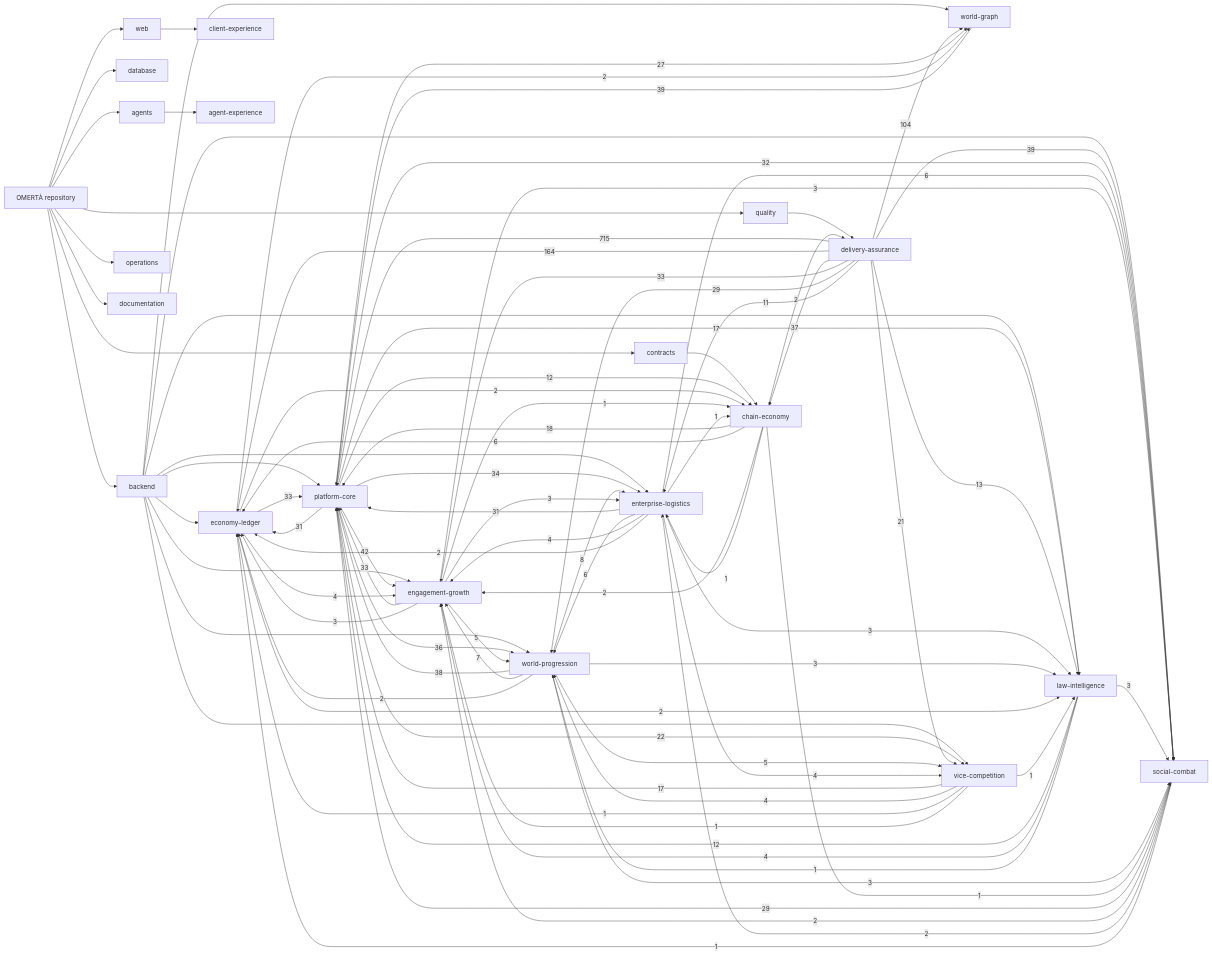
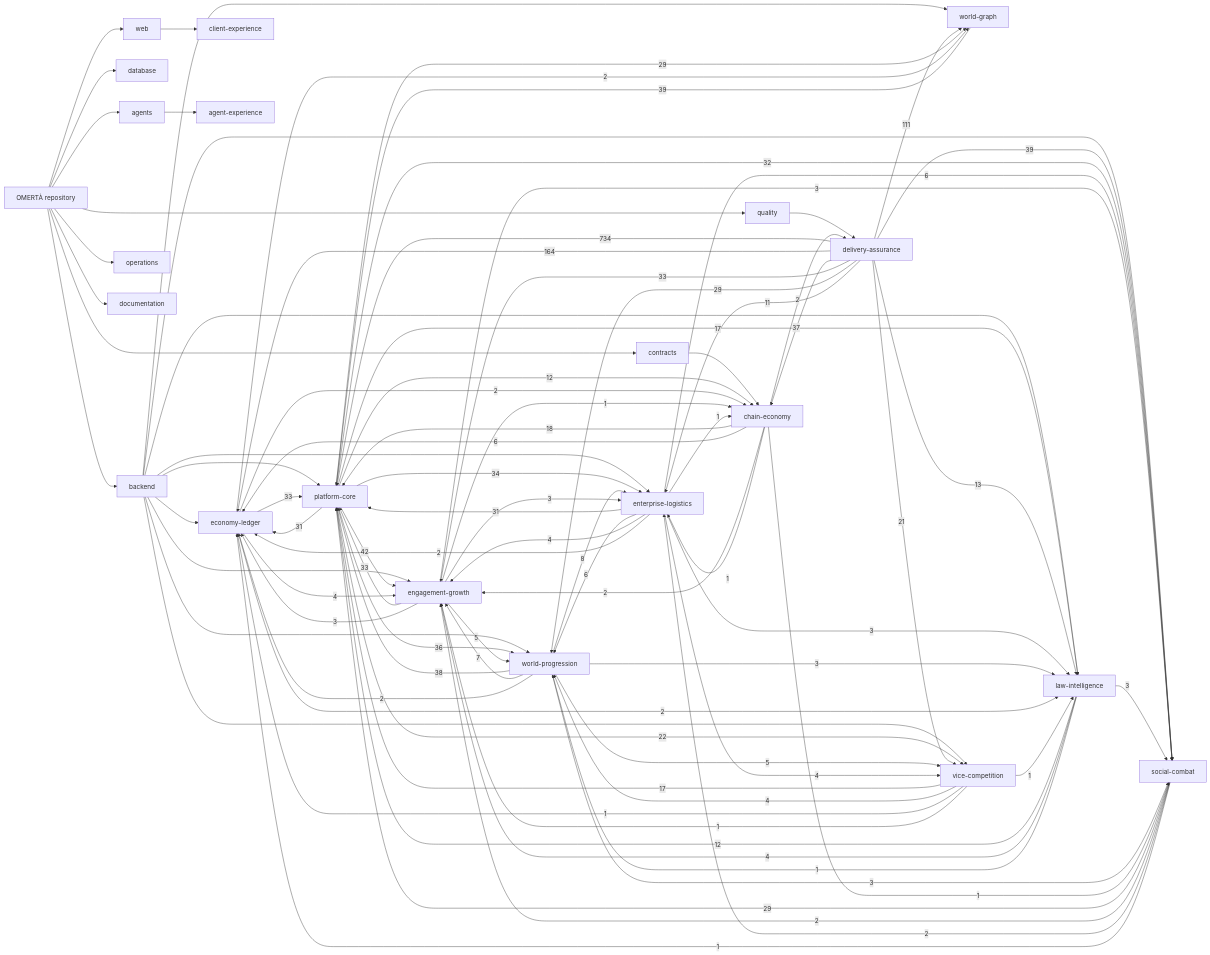
One commit to OmertaDev/Omerta changed the diagram in knowledge/generated/graph.mmd. Above: the diagram before and after it, drawn with Mermaid. The commit also changed 8 other files, not shown here.

```diff
--- a/knowledge/generated/graph.mmd
+++ b/knowledge/generated/graph.mmd
@@ -1,109 +1,109 @@
 flowchart LR
   repo["OMERTÀ repository"]
   sub_backend["backend"]
   repo --> sub_backend
   sub_database["database"]
   repo --> sub_database
   sub_web["web"]
   repo --> sub_web
   sub_contracts["contracts"]
   repo --> sub_contracts
   sub_agents["agents"]
   repo --> sub_agents
   sub_quality["quality"]
   repo --> sub_quality
   sub_operations["operations"]
   repo --> sub_operations
   sub_documentation["documentation"]
   repo --> sub_documentation
   dom_platform-core["platform-core"]
   dom_economy-ledger["economy-ledger"]
   dom_social-combat["social-combat"]
   dom_world-progression["world-progression"]
   dom_world-graph["world-graph"]
   dom_enterprise-logistics["enterprise-logistics"]
   dom_vice-competition["vice-competition"]
   dom_law-intelligence["law-intelligence"]
   dom_chain-economy["chain-economy"]
   dom_engagement-growth["engagement-growth"]
   dom_client-experience["client-experience"]
   dom_agent-experience["agent-experience"]
   dom_delivery-assurance["delivery-assurance"]
   sub_agents --> dom_agent-experience
   sub_backend --> dom_economy-ledger
   sub_backend --> dom_engagement-growth
   sub_backend --> dom_enterprise-logistics
   sub_backend --> dom_law-intelligence
   sub_backend --> dom_platform-core
   sub_backend --> dom_social-combat
   sub_backend --> dom_vice-competition
   sub_backend --> dom_world-graph
   sub_backend --> dom_world-progression
   sub_contracts --> dom_chain-economy
   sub_quality --> dom_delivery-assurance
   sub_web --> dom_client-experience
-  dom_delivery-assurance -->|715| dom_platform-core
+  dom_delivery-assurance -->|734| dom_platform-core
   dom_delivery-assurance -->|164| dom_economy-ledger
-  dom_delivery-assurance -->|104| dom_world-graph
+  dom_delivery-assurance -->|111| dom_world-graph
   dom_platform-core -->|42| dom_engagement-growth
   dom_delivery-assurance -->|39| dom_social-combat
   dom_world-graph -->|39| dom_platform-core
   dom_world-progression -->|38| dom_platform-core
   dom_delivery-assurance -->|37| dom_chain-economy
   dom_platform-core -->|36| dom_world-progression
   dom_platform-core -->|34| dom_enterprise-logistics
   dom_delivery-assurance -->|33| dom_engagement-growth
   dom_economy-ledger -->|33| dom_platform-core
   dom_engagement-growth -->|33| dom_platform-core
   dom_platform-core -->|32| dom_social-combat
   dom_enterprise-logistics -->|31| dom_platform-core
   dom_platform-core -->|31| dom_economy-ledger
   dom_delivery-assurance -->|29| dom_world-progression
+  dom_platform-core -->|29| dom_world-graph
   dom_social-combat -->|29| dom_platform-core
-  dom_platform-core -->|27| dom_world-graph
   dom_platform-core -->|22| dom_vice-competition
   dom_delivery-assurance -->|21| dom_vice-competition
   dom_chain-economy -->|18| dom_platform-core
   dom_platform-core -->|17| dom_law-intelligence
   dom_vice-competition -->|17| dom_platform-core
   dom_delivery-assurance -->|13| dom_law-intelligence
   dom_law-intelligence -->|12| dom_platform-core
   dom_platform-core -->|12| dom_chain-economy
   dom_delivery-assurance -->|11| dom_enterprise-logistics
   dom_world-progression -->|8| dom_enterprise-logistics
   dom_world-progression -->|7| dom_engagement-growth
   dom_chain-economy -->|6| dom_economy-ledger
   dom_enterprise-logistics -->|6| dom_social-combat
   dom_enterprise-logistics -->|6| dom_world-progression
   dom_engagement-growth -->|5| dom_world-progression
   dom_world-progression -->|5| dom_vice-competition
   dom_economy-ledger -->|4| dom_engagement-growth
   dom_enterprise-logistics -->|4| dom_engagement-growth
   dom_enterprise-logistics -->|4| dom_vice-competition
   dom_law-intelligence -->|4| dom_engagement-growth
   dom_vice-competition -->|4| dom_world-progression
   dom_engagement-growth -->|3| dom_economy-ledger
   dom_engagement-growth -->|3| dom_enterprise-logistics
   dom_engagement-growth -->|3| dom_social-combat
   dom_enterprise-logistics -->|3| dom_law-intelligence
   dom_law-intelligence -->|3| dom_social-combat
   dom_world-progression -->|3| dom_law-intelligence
   dom_world-progression -->|3| dom_social-combat
   dom_chain-economy -->|2| dom_delivery-assurance
   dom_chain-economy -->|2| dom_engagement-growth
   dom_economy-ledger -->|2| dom_chain-economy
   dom_economy-ledger -->|2| dom_law-intelligence
   dom_economy-ledger -->|2| dom_world-graph
   dom_enterprise-logistics -->|2| dom_economy-ledger
   dom_social-combat -->|2| dom_engagement-growth
   dom_social-combat -->|2| dom_enterprise-logistics
   dom_world-progression -->|2| dom_economy-ledger
   dom_chain-economy -->|1| dom_enterprise-logistics
   dom_chain-economy -->|1| dom_social-combat
   dom_engagement-growth -->|1| dom_chain-economy
   dom_enterprise-logistics -->|1| dom_chain-economy
   dom_law-intelligence -->|1| dom_world-progression
   dom_social-combat -->|1| dom_economy-ledger
   dom_vice-competition -->|1| dom_economy-ledger
   dom_vice-competition -->|1| dom_engagement-growth
   dom_vice-competition -->|1| dom_law-intelligence
```
